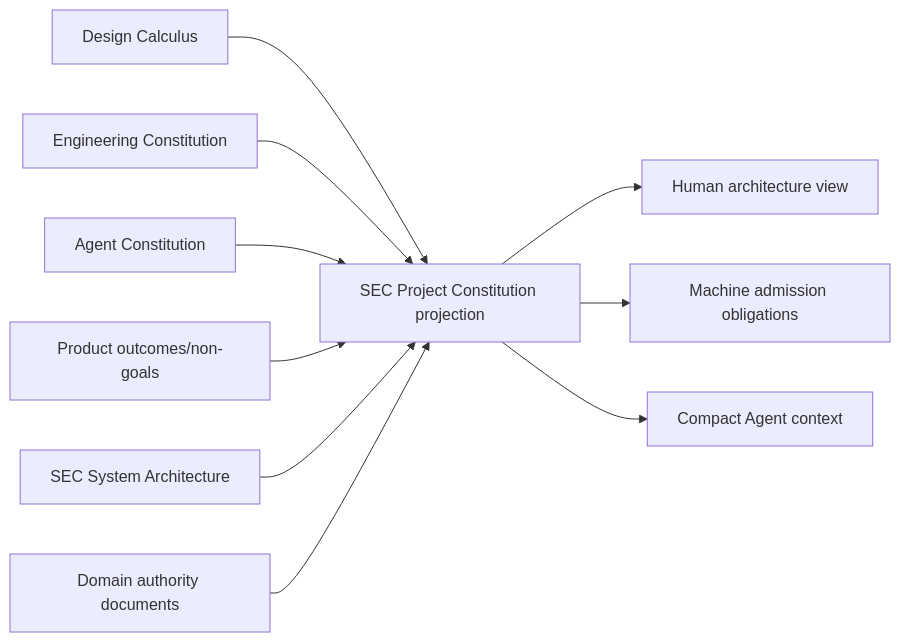
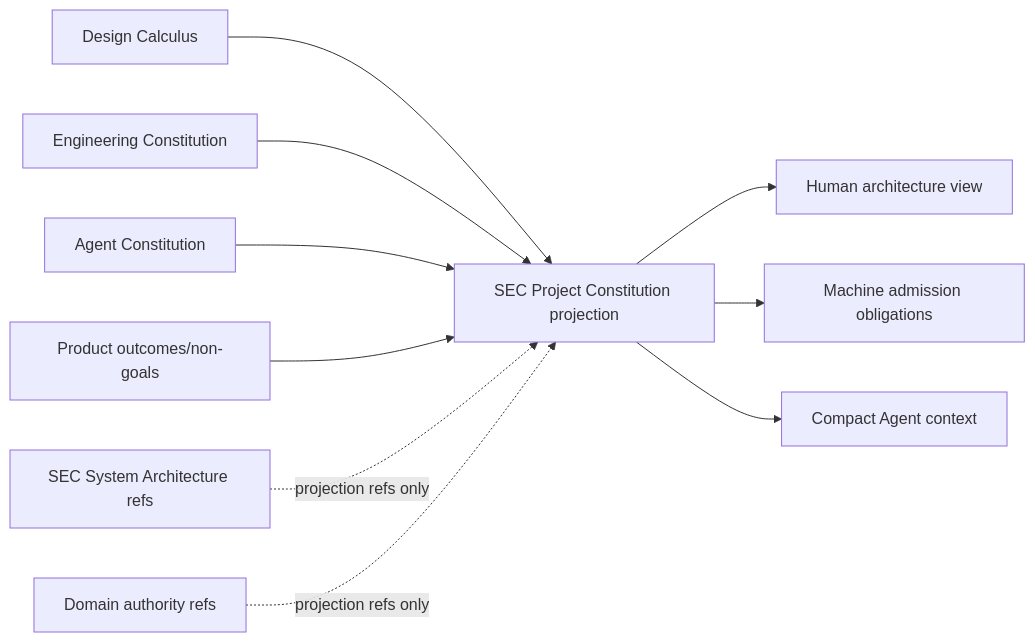
One commit to sec-platform/sec changed the second of 7 diagrams in docs/system-architecture.md. Above: the diagram before and after it, drawn with Mermaid. The commit also changed other lines of this file, not shown here.

Commit message:
docs: prevent project projection backedges

````diff
--- a/docs/system-architecture.md
+++ b/docs/system-architecture.md
@@ -80,12 +80,12 @@
 ```mermaid
 flowchart LR
   D[Design Calculus] --> P[SEC Project Constitution projection]
   E[Engineering Constitution] --> P
   A[Agent Constitution] --> P
   U[Product outcomes/non-goals] --> P
-  S[SEC System Architecture] --> P
-  O[Domain authority documents] --> P
+  S[SEC System Architecture refs] -. "projection refs only" .-> P
+  O[Domain authority refs] -. "projection refs only" .-> P
   P --> H[Human architecture view]
   P --> M[Machine admission obligations]
   P --> C[Compact Agent context]
 ```
````
